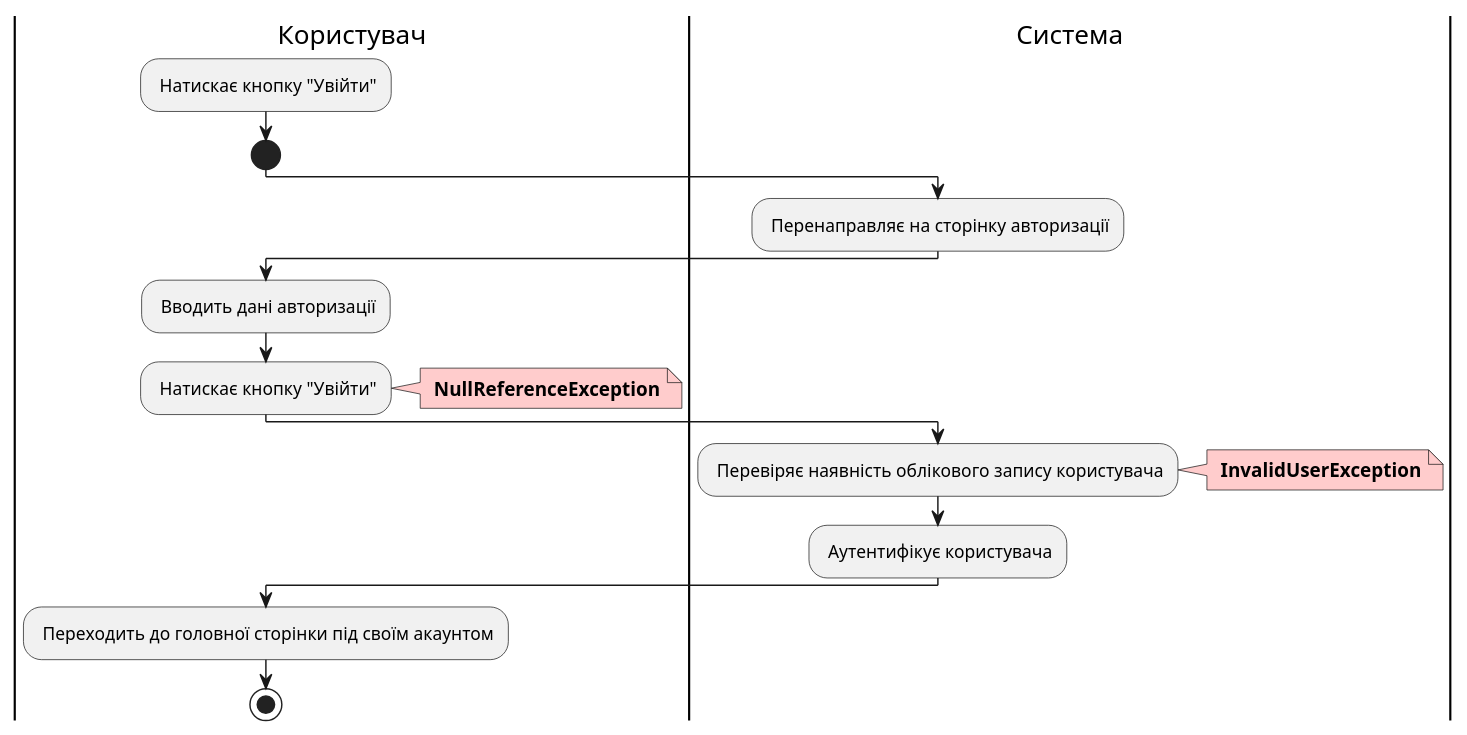
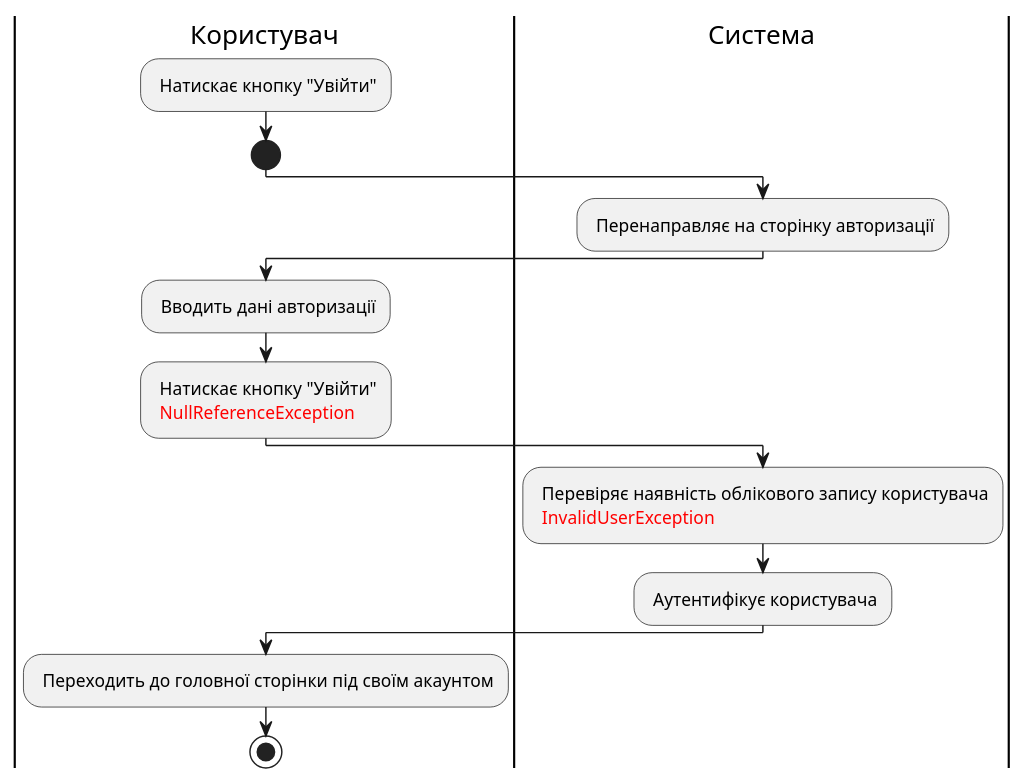
Before and after one commit to makssvelichko/edu_db_labs: the seventh of 20 diagrams in docs/use cases/README.md, drawn with PlantUML. The commit also changed other lines of this file, not shown here.

```diff
--- a/docs/use cases/README.md
+++ b/docs/use cases/README.md
@@ -247,29 +241,25 @@
 @startuml
 
     |Користувач|
      : Натискає кнопку "Увійти";
     start;
 
      |Система|
         : Перенаправляє на сторінку авторизації;
 
     |Користувач|
     : Вводить дані авторизації;
-    : Натискає кнопку "Увійти";
-    note right #FFCCCC
-    <b> NullReferenceException
-    end note
+    : Натискає кнопку "Увійти"
+    <font color="red"> NullReferenceException</font>;
 
     |Система|
-    : Перевіряє наявність облікового запису користувача;
-    note right #FFCCCC
-    <b> InvalidUserException
-    end note
+    : Перевіряє наявність облікового запису користувача
+    <font color="red"> InvalidUserException</font>;
 
     : Аутентифікує користувача;
 
     |Користувач|
     : Переходить до головної сторінки під своїм акаунтом;
         stop;
 
 @enduml
```
